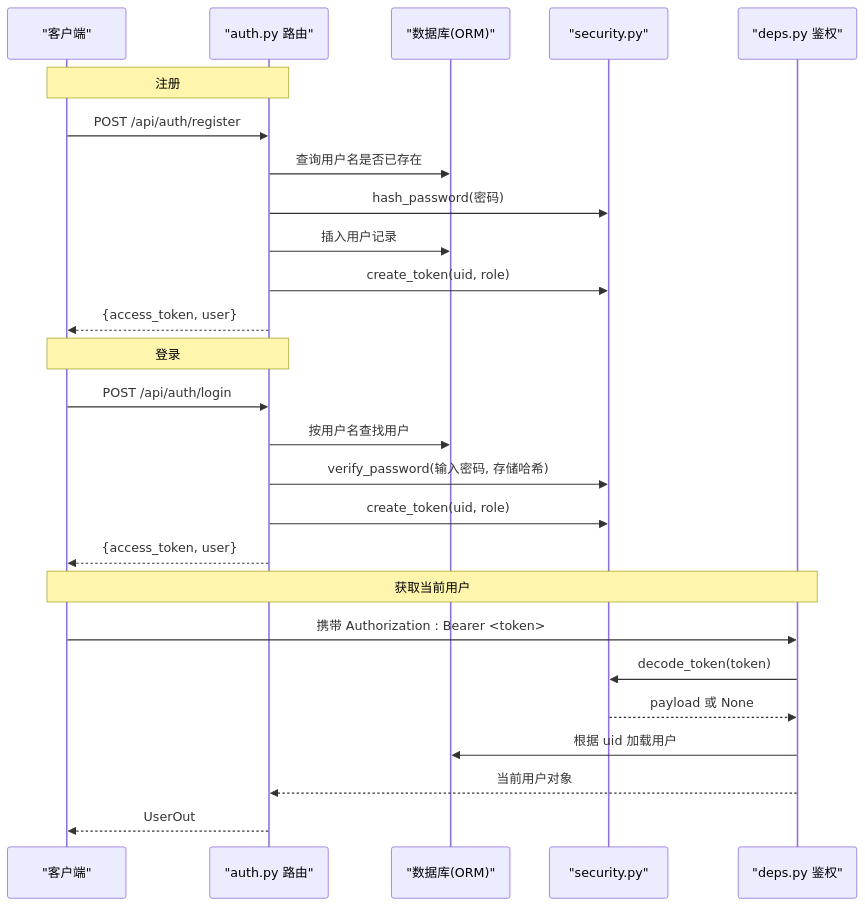
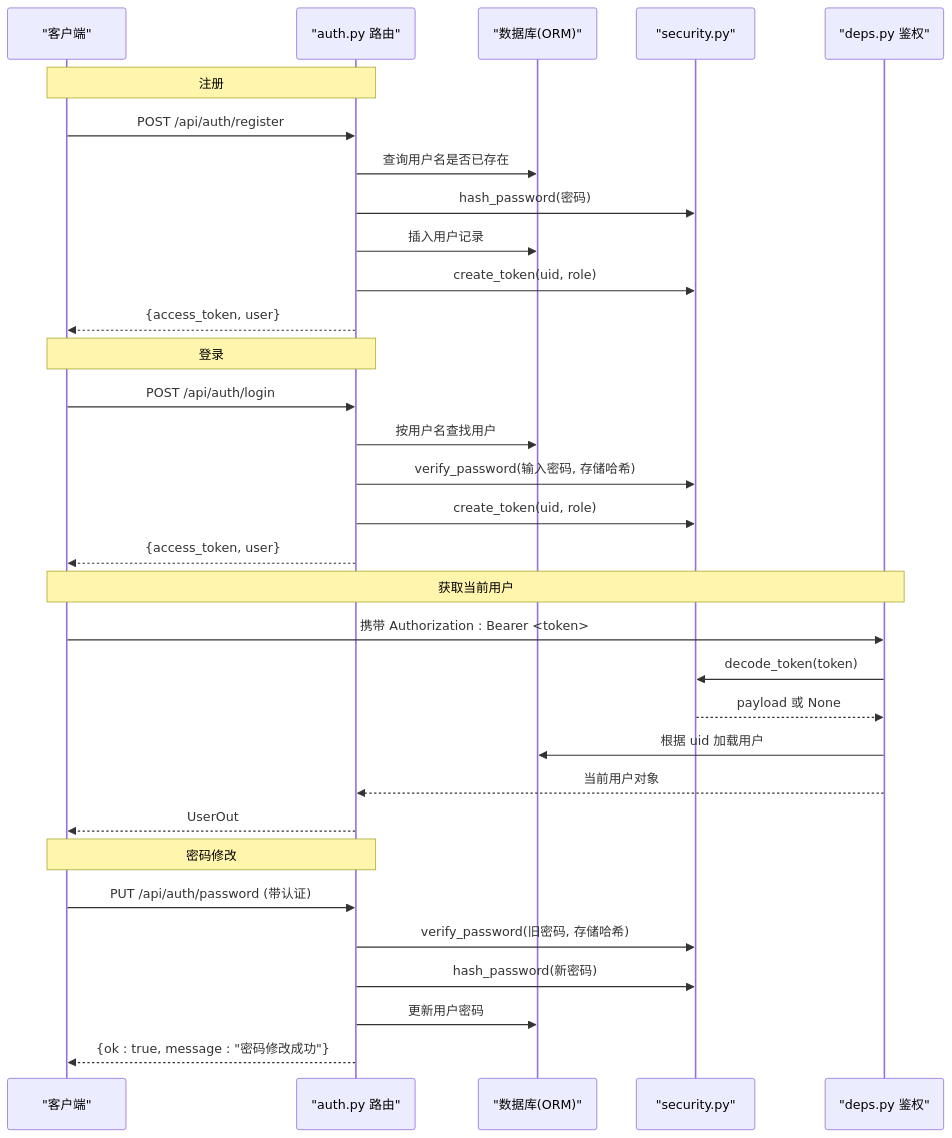
One commit to onebody/homework changed the second of 3 diagrams in .qoder/repowiki/zh/content/API接口文档/认证接口.md. Above: the diagram before and after it, drawn with Mermaid. The commit also changed other lines of this file and 15 other files, not shown here.

````diff
--- a/.qoder/repowiki/zh/content/API接口文档/认证接口.md
+++ b/.qoder/repowiki/zh/content/API接口文档/认证接口.md
@@ -82,28 +88,34 @@
 ```mermaid
 sequenceDiagram
 participant Client as "客户端"
 participant Router as "auth.py 路由"
 participant DB as "数据库(ORM)"
 participant Sec as "security.py"
 participant Deps as "deps.py 鉴权"
 Note over Client,Router : 注册
 Client->>Router : POST /api/auth/register
 Router->>DB : 查询用户名是否已存在
 Router->>Sec : hash_password(密码)
 Router->>DB : 插入用户记录
 Router->>Sec : create_token(uid, role)
 Router-->>Client : {access_token, user}
 Note over Client,Router : 登录
 Client->>Router : POST /api/auth/login
 Router->>DB : 按用户名查找用户
 Router->>Sec : verify_password(输入密码, 存储哈希)
 Router->>Sec : create_token(uid, role)
 Router-->>Client : {access_token, user}
 Note over Client,Deps : 获取当前用户
 Client->>Deps : 携带 Authorization : Bearer <token>
 Deps->>Sec : decode_token(token)
 Sec-->>Deps : payload 或 None
 Deps->>DB : 根据 uid 加载用户
 Deps-->>Router : 当前用户对象
 Router-->>Client : UserOut
+Note over Client,Router : 密码修改
+Client->>Router : PUT /api/auth/password (带认证)
+Router->>Sec : verify_password(旧密码, 存储哈希)
+Router->>Sec : hash_password(新密码)
+Router->>DB : 更新用户密码
+Router-->>Client : {ok : true, message : "密码修改成功"}
 ```
````
